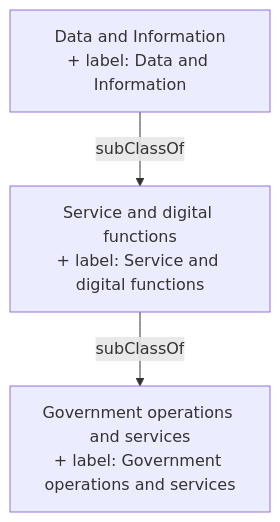
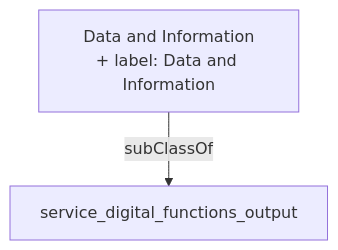
The diagram in content/policy on service and digital/data_information.md (heidingaway/heidi2), drawn with Mermaid before and after one commit. The commit also changed other lines of this file and 512 other files, not shown here.

````diff
--- a/content/policy on service and digital/data_information.md
+++ b/content/policy on service and digital/data_information.md
@@ -19,8 +13,6 @@
 ```mermaid
 graph TD
   Data_and_Information["Data and Information<br>+ label: Data and Information"]:::current-page-node
-  Service_and_digital_functions["Service and digital functions<br>+ label: Service and digital functions"]
-  Government_operations_and_services["Government operations and services<br>+ label: Government operations and services"]
-  Data_and_Information-->|" subClassOf "|Service_and_digital_functions
-  Service_and_digital_functions-->|" subClassOf "|Government_operations_and_services
+  service_digital_functions_output["service_digital_functions_output"]
+  Data_and_Information-->|" subClassOf "|service_digital_functions_output
 ```
````
